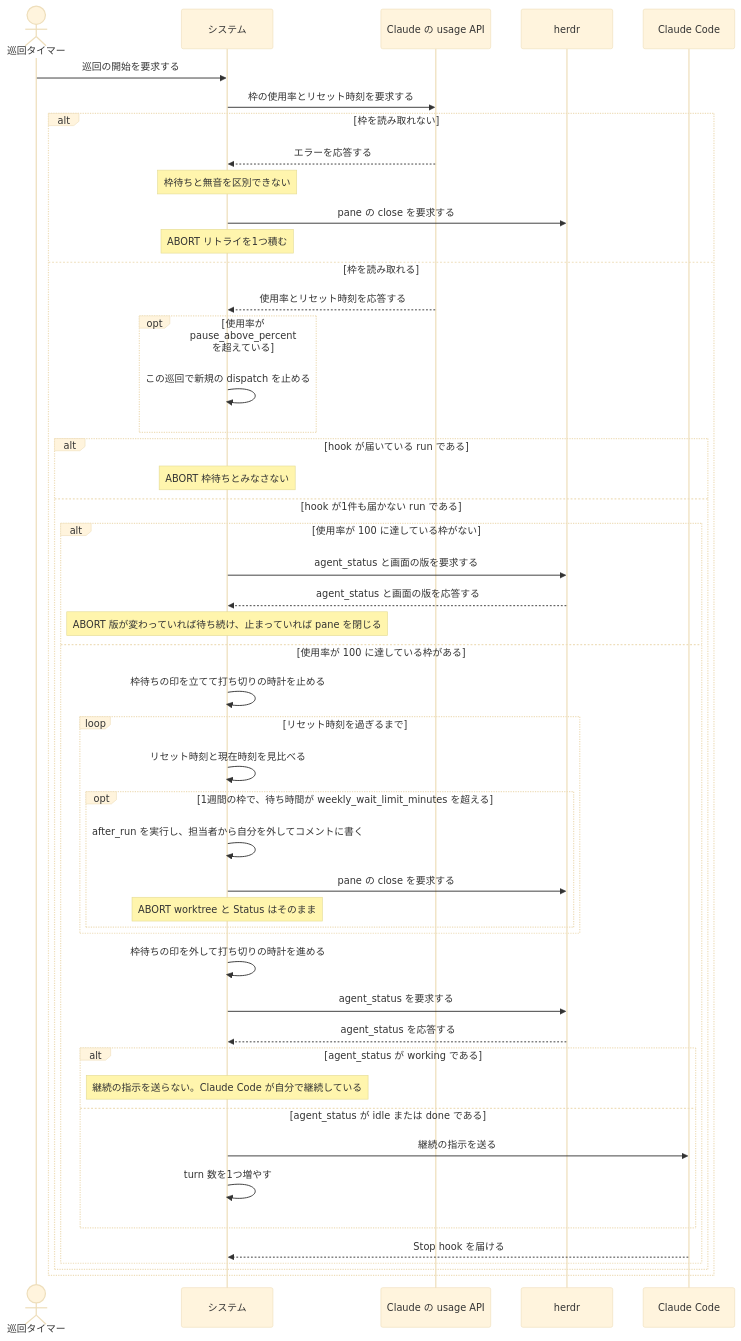
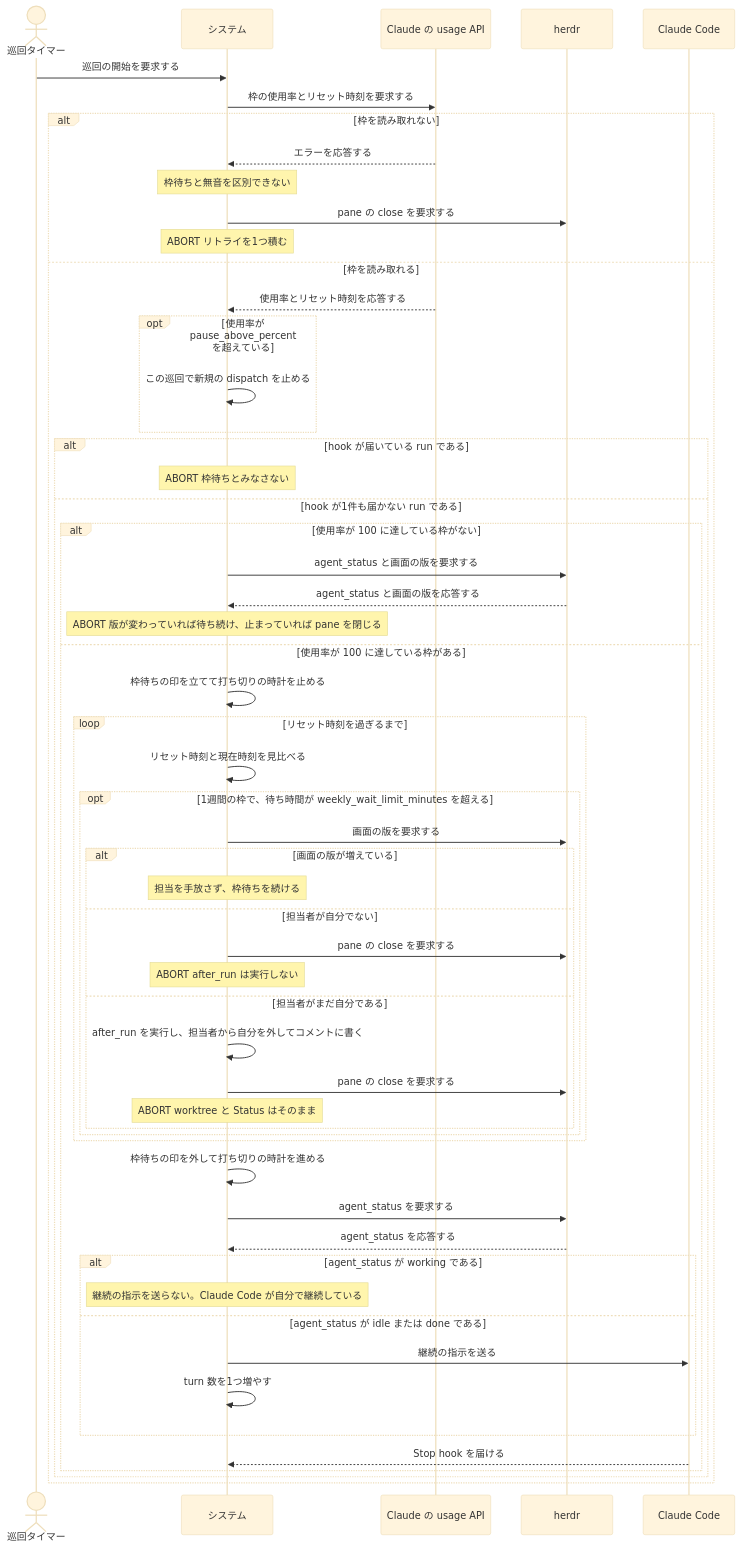
One commit to maimuzo/continuo changed the second of 2 diagrams in docs/spec/usecases/particular_case/レートリミットで待って再開する.rucm.md. Above: the diagram before and after it, drawn with Mermaid (base theme). The commit also changed other lines of this file and 29 other files, not shown here.

````diff
--- a/docs/spec/usecases/particular_case/レートリミットで待って再開する.rucm.md
+++ b/docs/spec/usecases/particular_case/レートリミットで待って再開する.rucm.md
@@ -205,51 +222,59 @@
 ```mermaid
 sequenceDiagram
     actor T as 巡回タイマー
     participant S as システム
     participant API as Claude の usage API
     participant H as herdr
     participant CC as Claude Code
 
     T->>S: 巡回の開始を要求する
     S->>API: 枠の使用率とリセット時刻を要求する
     alt 枠を読み取れない
         API-->>S: エラーを応答する
         Note over S: 枠待ちと無音を区別できない
         S->>H: pane の close を要求する
         Note over S: ABORT リトライを1つ積む
     else 枠を読み取れる
         API-->>S: 使用率とリセット時刻を応答する
         opt 使用率が pause_above_percent を超えている
             S->>S: この巡回で新規の dispatch を止める
         end
         alt hook が届いている run である
             Note over S: ABORT 枠待ちとみなさない
         else hook が1件も届かない run である
             alt 使用率が 100 に達している枠がない
                 S->>H: agent_status と画面の版を要求する
                 H-->>S: agent_status と画面の版を応答する
                 Note over S: ABORT 版が変わっていれば待ち続け、止まっていれば pane を閉じる
             else 使用率が 100 に達している枠がある
                 S->>S: 枠待ちの印を立てて打ち切りの時計を止める
                 loop リセット時刻を過ぎるまで
                     S->>S: リセット時刻と現在時刻を見比べる
                     opt 1週間の枠で、待ち時間が weekly_wait_limit_minutes を超える
-                        S->>S: after_run を実行し、担当者から自分を外してコメントに書く
-                        S->>H: pane の close を要求する
-                        Note over S: ABORT worktree と Status はそのまま
+                        S->>H: 画面の版を要求する
+                        alt 画面の版が増えている
+                            Note over S: 担当を手放さず、枠待ちを続ける
+                        else 担当者が自分でない
+                            S->>H: pane の close を要求する
+                            Note over S: ABORT after_run は実行しない
+                        else 担当者がまだ自分である
+                            S->>S: after_run を実行し、担当者から自分を外してコメントに書く
+                            S->>H: pane の close を要求する
+                            Note over S: ABORT worktree と Status はそのまま
+                        end
                     end
                 end
                 S->>S: 枠待ちの印を外して打ち切りの時計を進める
                 S->>H: agent_status を要求する
                 H-->>S: agent_status を応答する
                 alt agent_status が working である
                     Note over S: 継続の指示を送らない。Claude Code が自分で継続している
                 else agent_status が idle または done である
                     S->>CC: 継続の指示を送る
                     S->>S: turn 数を1つ増やす
                 end
                 CC-->>S: Stop hook を届ける
             end
         end
     end
 ```
````
